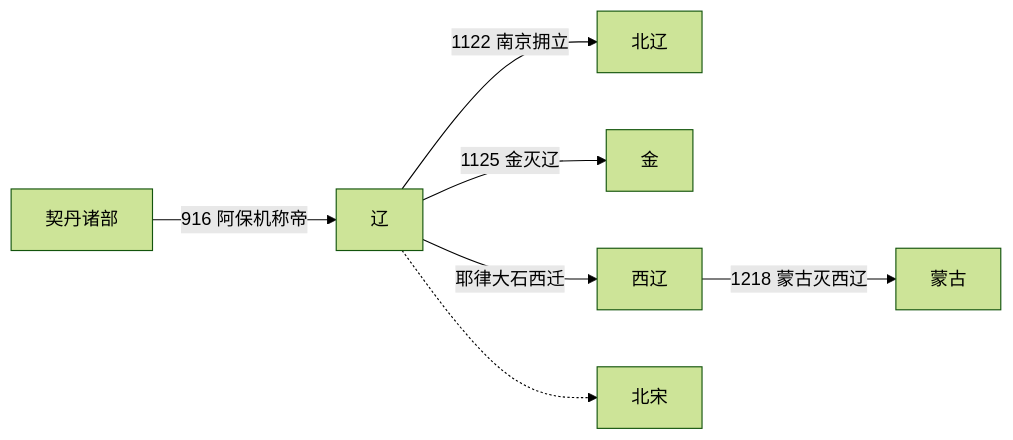
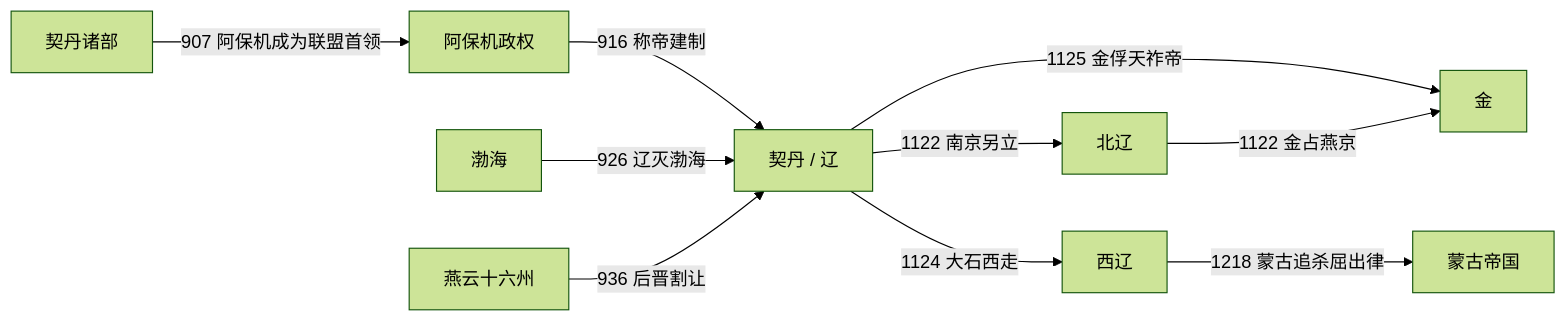
Before and after one commit to tianlan-dev/learning-notes: the diagram in 人文科学/历史/东亚/中国/辽宋金西夏/辽/README.md, drawn with Mermaid (forest theme). The commit also changed other lines of this file and 1417 other files, not shown here.

````diff
--- a/人文科学/历史/东亚/中国/辽宋金西夏/辽/README.md
+++ b/人文科学/历史/东亚/中国/辽宋金西夏/辽/README.md
@@ -23,9 +23,12 @@
 ```mermaid
 flowchart LR
-  Khitan[契丹诸部] -->|916 阿保机称帝| Liao[辽]
-  Liao -->|1122 南京拥立| NorthernLiao[北辽]
-  Liao -->|1125 金灭辽| Jin[金]
-  Liao -->|耶律大石西迁| WesternLiao[西辽]
-  WesternLiao -->|1218 蒙古灭西辽| Mongol[蒙古]
-  Liao -.-> NorthernSong[北宋]
+  Khitan["契丹诸部"] -->|907 阿保机成为联盟首领| Abaoji["阿保机政权"]
+  Abaoji -->|916 称帝建制| Liao["契丹 / 辽"]
+  Bohai["渤海"] -->|926 辽灭渤海| Liao
+  YanYun["燕云十六州"] -->|936 后晋割让| Liao
+  Liao -->|1122 南京另立| NorthernLiao["北辽"]
+  Liao -->|1124 大石西走| WesternLiao["西辽"]
+  Liao -->|1125 金俘天祚帝| Jin["金"]
+  NorthernLiao -->|1122 金占燕京| Jin
+  WesternLiao -->|1218 蒙古追杀屈出律| Mongol["蒙古帝国"]
 ```
````
